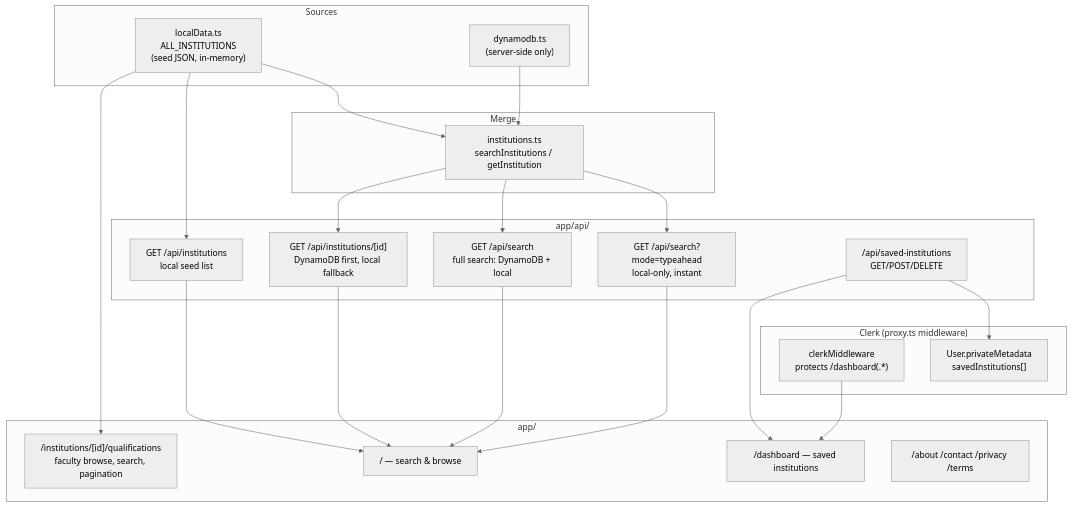
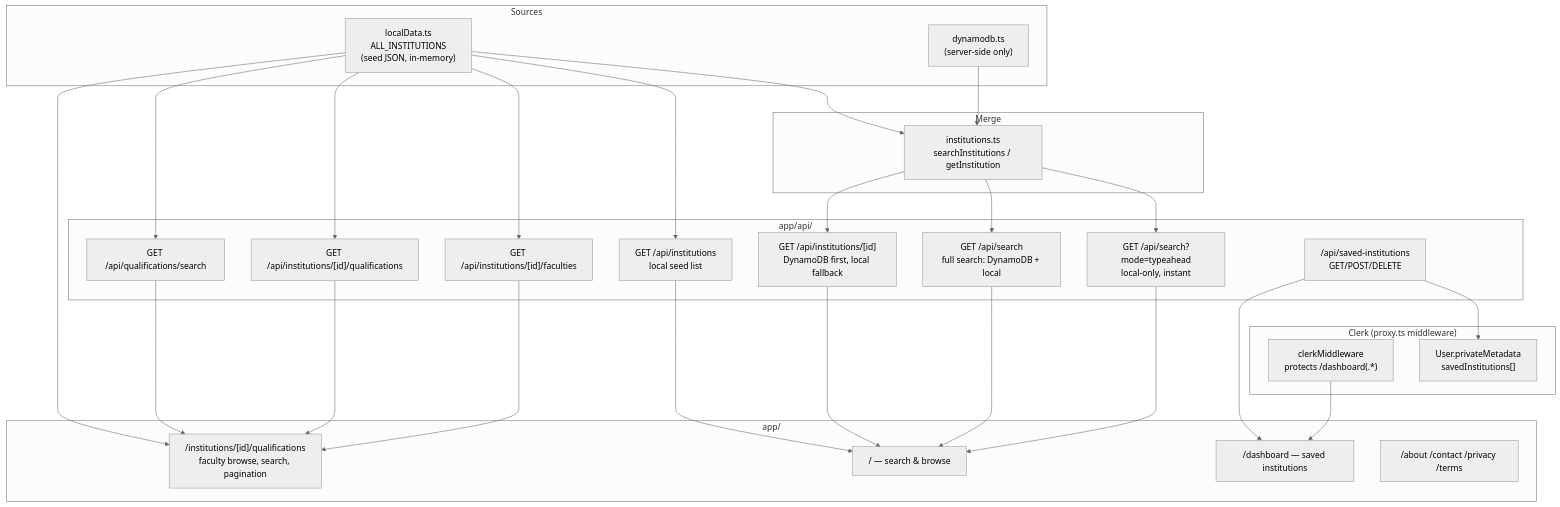
Before and after one commit to yangakandeni/eduverify: the fifth of 5 diagrams in README.md, drawn with Mermaid (neutral theme). The commit also changed other lines of this file, not shown here.

Commit message:
fix: update README to clarify parser pipelines and add qualifications processing details

````diff
--- a/README.md
+++ b/README.md
@@ -201,43 +213,50 @@
 ```mermaid
 flowchart TB
     subgraph Sources
         LOCAL["localData.ts\nALL_INSTITUTIONS\n(seed JSON, in-memory)"]
         DYNAMO["dynamodb.ts\n(server-side only)"]
     end
 
     subgraph Merge
         INST["institutions.ts\nsearchInstitutions / getInstitution"]
     end
 
     subgraph Routes["app/api/"]
         R1["GET /api/search?mode=typeahead\nlocal-only, instant"]
         R2["GET /api/search\nfull search: DynamoDB + local"]
         R3["GET /api/institutions\nlocal seed list"]
         R4["GET /api/institutions/[id]\nDynamoDB first, local fallback"]
-        R5["/api/saved-institutions\nGET/POST/DELETE"]
+        R5["GET /api/institutions/[id]/faculties"]
+        R6["GET /api/institutions/[id]/qualifications"]
+        R7["GET /api/qualifications/search"]
+        R8["/api/saved-institutions\nGET/POST/DELETE"]
     end
 
     subgraph Auth["Clerk (proxy.ts middleware)"]
         CLERK["clerkMiddleware\nprotects /dashboard(.*)"]
         META["User.privateMetadata\nsavedInstitutions[]"]
     end
 
     subgraph Pages["app/"]
         HOME["/ — search & browse"]
         DASH["/dashboard — saved institutions"]
         QUALS["/institutions/[id]/qualifications\nfaculty browse, search, pagination"]
         STATIC["/about /contact /privacy /terms"]
     end
 
     LOCAL --> INST
     DYNAMO --> INST
     INST --> R1
     INST --> R2
     LOCAL --> R3
     INST --> R4
-    R5 --> META
+    LOCAL --> R5
+    LOCAL --> R6
+    LOCAL --> R7
+    R8 --> META
     CLERK --> DASH
     R1 & R2 & R3 & R4 --> HOME
     LOCAL --> QUALS
-    R5 --> DASH
+    R5 & R6 & R7 --> QUALS
+    R8 --> DASH
 ```
````
